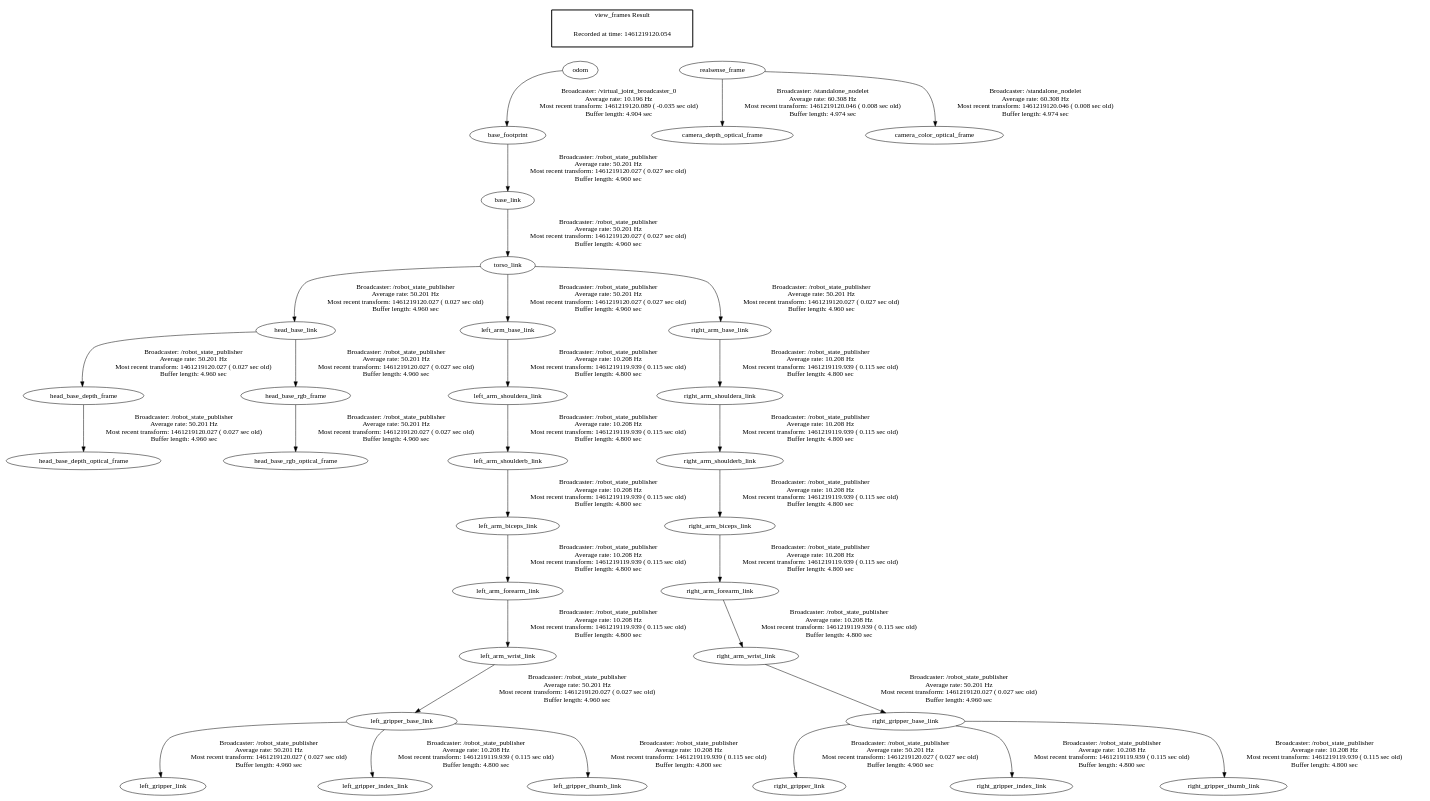
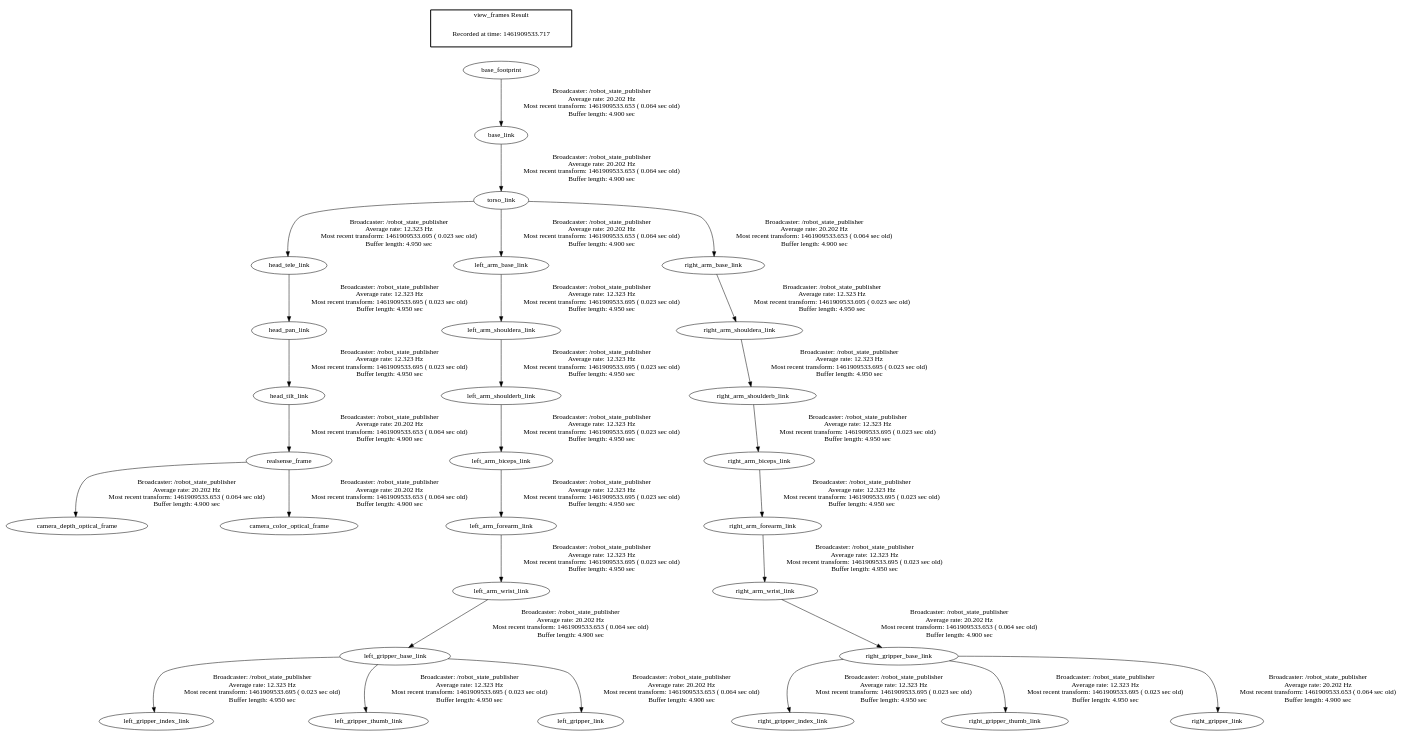
One commit to casimirsowinski/ROS_Control changed the diagram in frames.gv. Above: the diagram before and after it, drawn with Graphviz. The commit also changed 138 other files, not shown here.

```diff
--- a/frames.gv
+++ b/frames.gv
@@ -1,40 +1,34 @@
 digraph G {
-"base_footprint" -> "base_link"[label="Broadcaster: /robot_state_publisher\nAverage rate: 50.201 Hz\nMost recent transform: 1461219120.027 ( 0.027 sec old)\nBuffer length: 4.960 sec\n"];
-"odom" -> "base_footprint"[label="Broadcaster: /virtual_joint_broadcaster_0\nAverage rate: 10.196 Hz\nMost recent transform: 1461219120.089 ( -0.035 sec old)\nBuffer length: 4.904 sec\n"];
-"base_link" -> "torso_link"[label="Broadcaster: /robot_state_publisher\nAverage rate: 50.201 Hz\nMost recent transform: 1461219120.027 ( 0.027 sec old)\nBuffer length: 4.960 sec\n"];
-"head_base_link" -> "head_base_depth_frame"[label="Broadcaster: /robot_state_publisher\nAverage rate: 50.201 Hz\nMost recent transform: 1461219120.027 ( 0.027 sec old)\nBuffer length: 4.960 sec\n"];
-"torso_link" -> "head_base_link"[label="Broadcaster: /robot_state_publisher\nAverage rate: 50.201 Hz\nMost recent transform: 1461219120.027 ( 0.027 sec old)\nBuffer length: 4.960 sec\n"];
-"head_base_depth_frame" -> "head_base_depth_optical_frame"[label="Broadcaster: /robot_state_publisher\nAverage rate: 50.201 Hz\nMost recent transform: 1461219120.027 ( 0.027 sec old)\nBuffer length: 4.960 sec\n"];
-"head_base_link" -> "head_base_rgb_frame"[label="Broadcaster: /robot_state_publisher\nAverage rate: 50.201 Hz\nMost recent transform: 1461219120.027 ( 0.027 sec old)\nBuffer length: 4.960 sec\n"];
-"head_base_rgb_frame" -> "head_base_rgb_optical_frame"[label="Broadcaster: /robot_state_publisher\nAverage rate: 50.201 Hz\nMost recent transform: 1461219120.027 ( 0.027 sec old)\nBuffer length: 4.960 sec\n"];
-"torso_link" -> "left_arm_base_link"[label="Broadcaster: /robot_state_publisher\nAverage rate: 50.201 Hz\nMost recent transform: 1461219120.027 ( 0.027 sec old)\nBuffer length: 4.960 sec\n"];
-"left_arm_wrist_link" -> "left_gripper_base_link"[label="Broadcaster: /robot_state_publisher\nAverage rate: 50.201 Hz\nMost recent transform: 1461219120.027 ( 0.027 sec old)\nBuffer length: 4.960 sec\n"];
-"left_arm_forearm_link" -> "left_arm_wrist_link"[label="Broadcaster: /robot_state_publisher\nAverage rate: 10.208 Hz\nMost recent transform: 1461219119.939 ( 0.115 sec old)\nBuffer length: 4.800 sec\n"];
-"left_gripper_base_link" -> "left_gripper_link"[label="Broadcaster: /robot_state_publisher\nAverage rate: 50.201 Hz\nMost recent transform: 1461219120.027 ( 0.027 sec old)\nBuffer length: 4.960 sec\n"];
-"torso_link" -> "right_arm_base_link"[label="Broadcaster: /robot_state_publisher\nAverage rate: 50.201 Hz\nMost recent transform: 1461219120.027 ( 0.027 sec old)\nBuffer length: 4.960 sec\n"];
-"right_arm_wrist_link" -> "right_gripper_base_link"[label="Broadcaster: /robot_state_publisher\nAverage rate: 50.201 Hz\nMost recent transform: 1461219120.027 ( 0.027 sec old)\nBuffer length: 4.960 sec\n"];
-"right_arm_forearm_link" -> "right_arm_wrist_link"[label="Broadcaster: /robot_state_publisher\nAverage rate: 10.208 Hz\nMost recent transform: 1461219119.939 ( 0.115 sec old)\nBuffer length: 4.800 sec\n"];
-"right_gripper_base_link" -> "right_gripper_link"[label="Broadcaster: /robot_state_publisher\nAverage rate: 50.201 Hz\nMost recent transform: 1461219120.027 ( 0.027 sec old)\nBuffer length: 4.960 sec\n"];
-"realsense_frame" -> "camera_depth_optical_frame"[label="Broadcaster: /standalone_nodelet\nAverage rate: 60.308 Hz\nMost recent transform: 1461219120.046 ( 0.008 sec old)\nBuffer length: 4.974 sec\n"];
-"realsense_frame" -> "camera_color_optical_frame"[label="Broadcaster: /standalone_nodelet\nAverage rate: 60.308 Hz\nMost recent transform: 1461219120.046 ( 0.008 sec old)\nBuffer length: 4.974 sec\n"];
-"left_arm_shouldera_link" -> "left_arm_shoulderb_link"[label="Broadcaster: /robot_state_publisher\nAverage rate: 10.208 Hz\nMost recent transform: 1461219119.939 ( 0.115 sec old)\nBuffer length: 4.800 sec\n"];
-"left_arm_base_link" -> "left_arm_shouldera_link"[label="Broadcaster: /robot_state_publisher\nAverage rate: 10.208 Hz\nMost recent transform: 1461219119.939 ( 0.115 sec old)\nBuffer length: 4.800 sec\n"];
-"left_arm_shoulderb_link" -> "left_arm_biceps_link"[label="Broadcaster: /robot_state_publisher\nAverage rate: 10.208 Hz\nMost recent transform: 1461219119.939 ( 0.115 sec old)\nBuffer length: 4.800 sec\n"];
-"left_arm_biceps_link" -> "left_arm_forearm_link"[label="Broadcaster: /robot_state_publisher\nAverage rate: 10.208 Hz\nMost recent transform: 1461219119.939 ( 0.115 sec old)\nBuffer length: 4.800 sec\n"];
-"left_gripper_base_link" -> "left_gripper_index_link"[label="Broadcaster: /robot_state_publisher\nAverage rate: 10.208 Hz\nMost recent transform: 1461219119.939 ( 0.115 sec old)\nBuffer length: 4.800 sec\n"];
-"left_gripper_base_link" -> "left_gripper_thumb_link"[label="Broadcaster: /robot_state_publisher\nAverage rate: 10.208 Hz\nMost recent transform: 1461219119.939 ( 0.115 sec old)\nBuffer length: 4.800 sec\n"];
-"right_arm_shouldera_link" -> "right_arm_shoulderb_link"[label="Broadcaster: /robot_state_publisher\nAverage rate: 10.208 Hz\nMost recent transform: 1461219119.939 ( 0.115 sec old)\nBuffer length: 4.800 sec\n"];
-"right_arm_base_link" -> "right_arm_shouldera_link"[label="Broadcaster: /robot_state_publisher\nAverage rate: 10.208 Hz\nMost recent transform: 1461219119.939 ( 0.115 sec old)\nBuffer length: 4.800 sec\n"];
-"right_arm_shoulderb_link" -> "right_arm_biceps_link"[label="Broadcaster: /robot_state_publisher\nAverage rate: 10.208 Hz\nMost recent transform: 1461219119.939 ( 0.115 sec old)\nBuffer length: 4.800 sec\n"];
-"right_arm_biceps_link" -> "right_arm_forearm_link"[label="Broadcaster: /robot_state_publisher\nAverage rate: 10.208 Hz\nMost recent transform: 1461219119.939 ( 0.115 sec old)\nBuffer length: 4.800 sec\n"];
-"right_gripper_base_link" -> "right_gripper_index_link"[label="Broadcaster: /robot_state_publisher\nAverage rate: 10.208 Hz\nMost recent transform: 1461219119.939 ( 0.115 sec old)\nBuffer length: 4.800 sec\n"];
-"right_gripper_base_link" -> "right_gripper_thumb_link"[label="Broadcaster: /robot_state_publisher\nAverage rate: 10.208 Hz\nMost recent transform: 1461219119.939 ( 0.115 sec old)\nBuffer length: 4.800 sec\n"];
+"head_tele_link" -> "head_pan_link"[label="Broadcaster: /robot_state_publisher\nAverage rate: 12.323 Hz\nMost recent transform: 1461909533.695 ( 0.023 sec old)\nBuffer length: 4.950 sec\n"];
+"torso_link" -> "head_tele_link"[label="Broadcaster: /robot_state_publisher\nAverage rate: 12.323 Hz\nMost recent transform: 1461909533.695 ( 0.023 sec old)\nBuffer length: 4.950 sec\n"];
+"head_pan_link" -> "head_tilt_link"[label="Broadcaster: /robot_state_publisher\nAverage rate: 12.323 Hz\nMost recent transform: 1461909533.695 ( 0.023 sec old)\nBuffer length: 4.950 sec\n"];
+"left_arm_shouldera_link" -> "left_arm_shoulderb_link"[label="Broadcaster: /robot_state_publisher\nAverage rate: 12.323 Hz\nMost recent transform: 1461909533.695 ( 0.023 sec old)\nBuffer length: 4.950 sec\n"];
+"left_arm_base_link" -> "left_arm_shouldera_link"[label="Broadcaster: /robot_state_publisher\nAverage rate: 12.323 Hz\nMost recent transform: 1461909533.695 ( 0.023 sec old)\nBuffer length: 4.950 sec\n"];
+"torso_link" -> "left_arm_base_link"[label="Broadcaster: /robot_state_publisher\nAverage rate: 20.202 Hz\nMost recent transform: 1461909533.653 ( 0.064 sec old)\nBuffer length: 4.900 sec\n"];
+"left_arm_shoulderb_link" -> "left_arm_biceps_link"[label="Broadcaster: /robot_state_publisher\nAverage rate: 12.323 Hz\nMost recent transform: 1461909533.695 ( 0.023 sec old)\nBuffer length: 4.950 sec\n"];
+"left_arm_biceps_link" -> "left_arm_forearm_link"[label="Broadcaster: /robot_state_publisher\nAverage rate: 12.323 Hz\nMost recent transform: 1461909533.695 ( 0.023 sec old)\nBuffer length: 4.950 sec\n"];
+"left_gripper_base_link" -> "left_gripper_index_link"[label="Broadcaster: /robot_state_publisher\nAverage rate: 12.323 Hz\nMost recent transform: 1461909533.695 ( 0.023 sec old)\nBuffer length: 4.950 sec\n"];
+"left_arm_wrist_link" -> "left_gripper_base_link"[label="Broadcaster: /robot_state_publisher\nAverage rate: 20.202 Hz\nMost recent transform: 1461909533.653 ( 0.064 sec old)\nBuffer length: 4.900 sec\n"];
+"left_gripper_base_link" -> "left_gripper_thumb_link"[label="Broadcaster: /robot_state_publisher\nAverage rate: 12.323 Hz\nMost recent transform: 1461909533.695 ( 0.023 sec old)\nBuffer length: 4.950 sec\n"];
+"left_arm_forearm_link" -> "left_arm_wrist_link"[label="Broadcaster: /robot_state_publisher\nAverage rate: 12.323 Hz\nMost recent transform: 1461909533.695 ( 0.023 sec old)\nBuffer length: 4.950 sec\n"];
+"right_arm_shouldera_link" -> "right_arm_shoulderb_link"[label="Broadcaster: /robot_state_publisher\nAverage rate: 12.323 Hz\nMost recent transform: 1461909533.695 ( 0.023 sec old)\nBuffer length: 4.950 sec\n"];
+"right_arm_base_link" -> "right_arm_shouldera_link"[label="Broadcaster: /robot_state_publisher\nAverage rate: 12.323 Hz\nMost recent transform: 1461909533.695 ( 0.023 sec old)\nBuffer length: 4.950 sec\n"];
+"torso_link" -> "right_arm_base_link"[label="Broadcaster: /robot_state_publisher\nAverage rate: 20.202 Hz\nMost recent transform: 1461909533.653 ( 0.064 sec old)\nBuffer length: 4.900 sec\n"];
+"right_arm_shoulderb_link" -> "right_arm_biceps_link"[label="Broadcaster: /robot_state_publisher\nAverage rate: 12.323 Hz\nMost recent transform: 1461909533.695 ( 0.023 sec old)\nBuffer length: 4.950 sec\n"];
+"right_arm_biceps_link" -> "right_arm_forearm_link"[label="Broadcaster: /robot_state_publisher\nAverage rate: 12.323 Hz\nMost recent transform: 1461909533.695 ( 0.023 sec old)\nBuffer length: 4.950 sec\n"];
+"right_gripper_base_link" -> "right_gripper_index_link"[label="Broadcaster: /robot_state_publisher\nAverage rate: 12.323 Hz\nMost recent transform: 1461909533.695 ( 0.023 sec old)\nBuffer length: 4.950 sec\n"];
+"right_arm_wrist_link" -> "right_gripper_base_link"[label="Broadcaster: /robot_state_publisher\nAverage rate: 20.202 Hz\nMost recent transform: 1461909533.653 ( 0.064 sec old)\nBuffer length: 4.900 sec\n"];
+"right_gripper_base_link" -> "right_gripper_thumb_link"[label="Broadcaster: /robot_state_publisher\nAverage rate: 12.323 Hz\nMost recent transform: 1461909533.695 ( 0.023 sec old)\nBuffer length: 4.950 sec\n"];
+"right_arm_forearm_link" -> "right_arm_wrist_link"[label="Broadcaster: /robot_state_publisher\nAverage rate: 12.323 Hz\nMost recent transform: 1461909533.695 ( 0.023 sec old)\nBuffer length: 4.950 sec\n"];
+"base_link" -> "torso_link"[label="Broadcaster: /robot_state_publisher\nAverage rate: 20.202 Hz\nMost recent transform: 1461909533.653 ( 0.064 sec old)\nBuffer length: 4.900 sec\n"];
+"base_footprint" -> "base_link"[label="Broadcaster: /robot_state_publisher\nAverage rate: 20.202 Hz\nMost recent transform: 1461909533.653 ( 0.064 sec old)\nBuffer length: 4.900 sec\n"];
+"realsense_frame" -> "camera_depth_optical_frame"[label="Broadcaster: /robot_state_publisher\nAverage rate: 20.202 Hz\nMost recent transform: 1461909533.653 ( 0.064 sec old)\nBuffer length: 4.900 sec\n"];
+"head_tilt_link" -> "realsense_frame"[label="Broadcaster: /robot_state_publisher\nAverage rate: 20.202 Hz\nMost recent transform: 1461909533.653 ( 0.064 sec old)\nBuffer length: 4.900 sec\n"];
+"realsense_frame" -> "camera_color_optical_frame"[label="Broadcaster: /robot_state_publisher\nAverage rate: 20.202 Hz\nMost recent transform: 1461909533.653 ( 0.064 sec old)\nBuffer length: 4.900 sec\n"];
+"left_gripper_base_link" -> "left_gripper_link"[label="Broadcaster: /robot_state_publisher\nAverage rate: 20.202 Hz\nMost recent transform: 1461909533.653 ( 0.064 sec old)\nBuffer length: 4.900 sec\n"];
+"right_gripper_base_link" -> "right_gripper_link"[label="Broadcaster: /robot_state_publisher\nAverage rate: 20.202 Hz\nMost recent transform: 1461909533.653 ( 0.064 sec old)\nBuffer length: 4.900 sec\n"];
 edge [style=invis];
  subgraph cluster_legend { style=bold; color=black; label ="view_frames Result";
-"Recorded at time: 1461219120.054"[ shape=plaintext ] ;
- }->"realsense_frame";
-edge [style=invis];
- subgraph cluster_legend { style=bold; color=black; label ="view_frames Result";
-"Recorded at time: 1461219120.054"[ shape=plaintext ] ;
- }->"odom";
+"Recorded at time: 1461909533.717"[ shape=plaintext ] ;
+ }->"base_footprint";
 }
```
